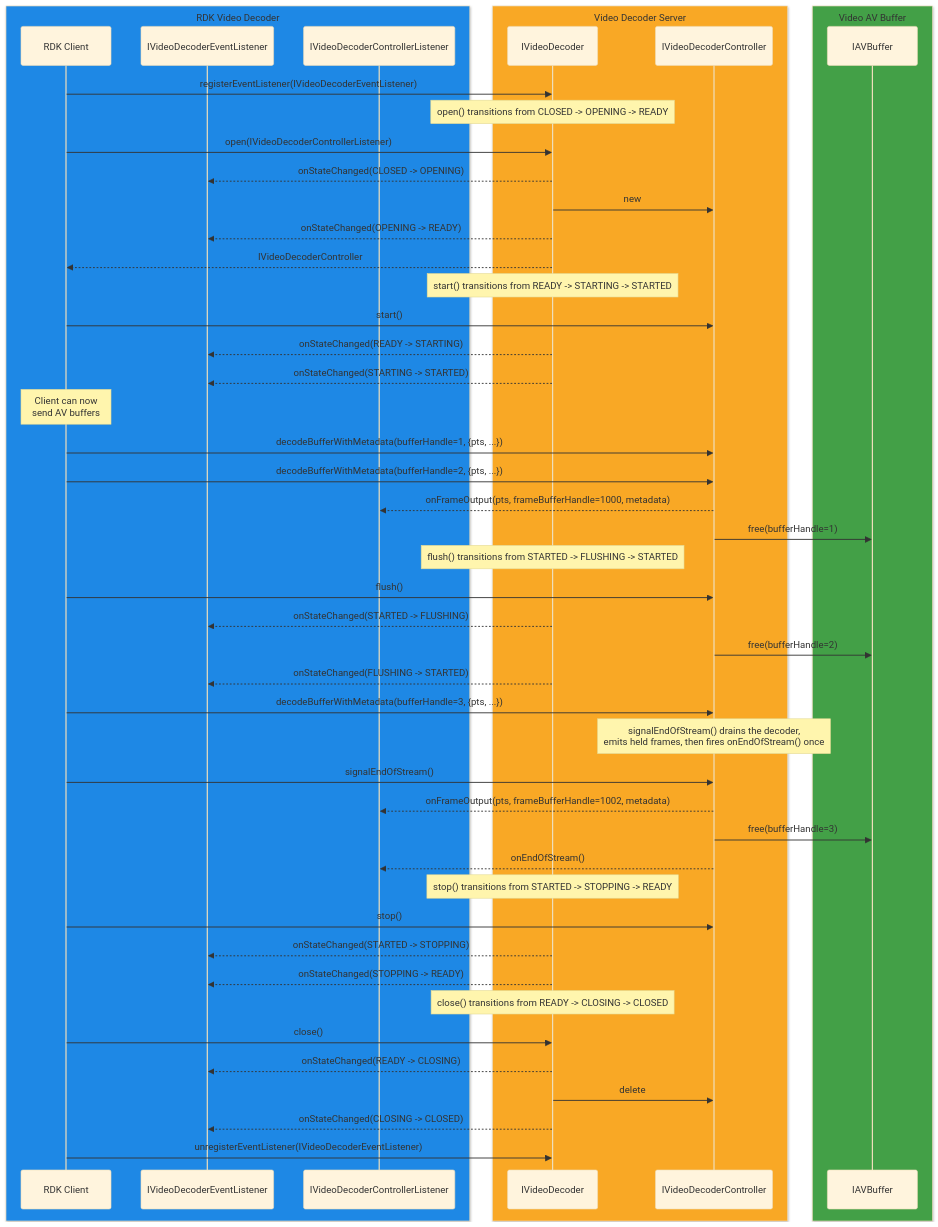
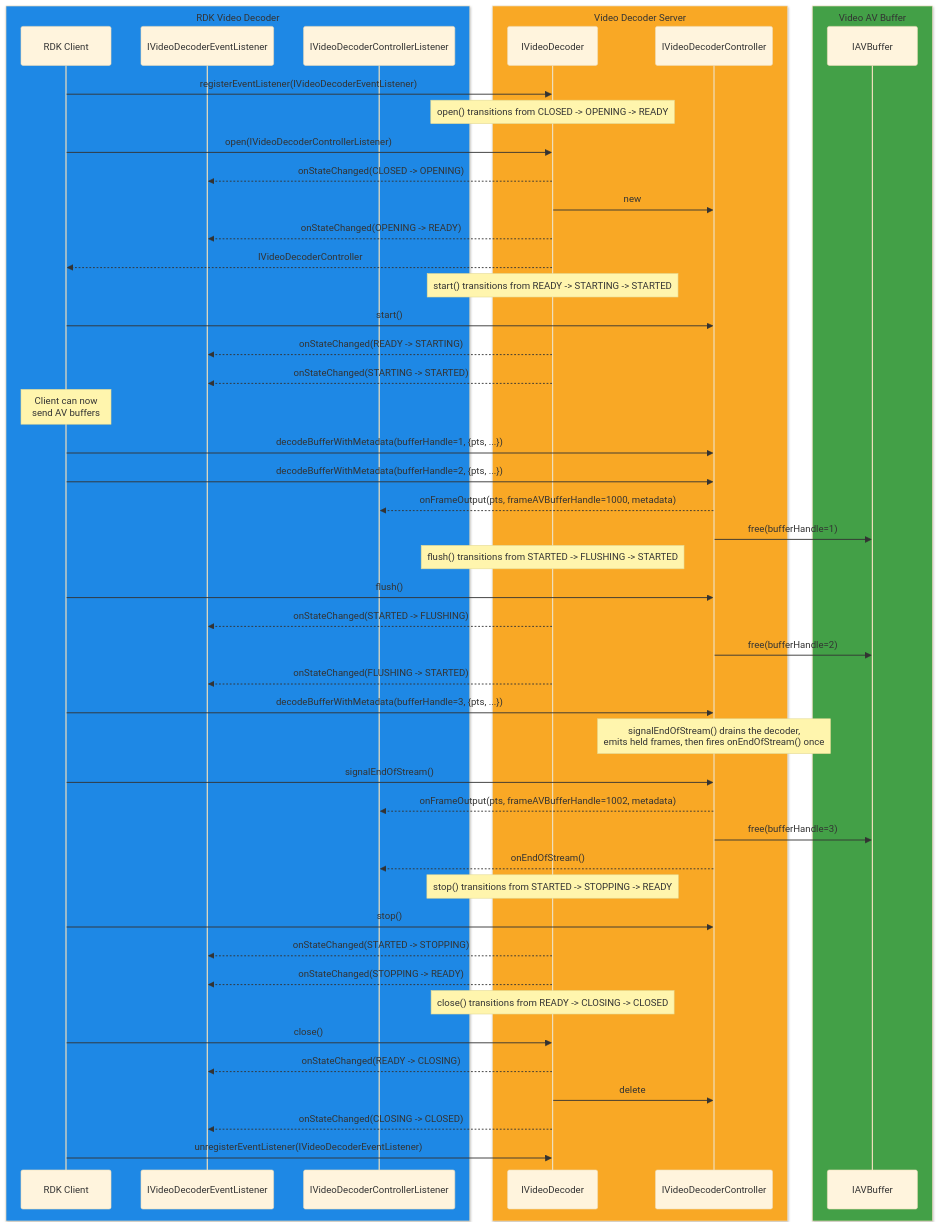
One commit to rdkcentral/rdk-halif-aidl changed the third of 3 diagrams in videodecoder/current/docs/video_decoder.md. Above: the diagram before and after it, drawn with Mermaid (base theme). The commit also changed other lines of this file and 5 other files, not shown here.

````diff
--- a/videodecoder/current/docs/video_decoder.md
+++ b/videodecoder/current/docs/video_decoder.md
@@ -431,69 +413,69 @@
 ```mermaid
 sequenceDiagram
     box rgb(30,136,229) RDK Video Decoder
         participant Client as RDK Client
         participant IVideoDecoderEventListener
         participant IVideoDecoderControllerListener
     end
     box rgb(249,168,37) Video Decoder Server
         participant ADC as IVideoDecoder
         participant Controller as IVideoDecoderController
     end
     box rgb(67,160,71) Video AV Buffer
         participant IAVBuffer as IAVBuffer
     end
 
     Client->>ADC: registerEventListener(IVideoDecoderEventListener)
 
     Note over ADC: open() transitions from CLOSED -> OPENING -> READY
 
     Client->>ADC: open(IVideoDecoderControllerListener)
     ADC-->>IVideoDecoderEventListener: onStateChanged(CLOSED -> OPENING)
     ADC->>Controller: new
     ADC-->>IVideoDecoderEventListener: onStateChanged(OPENING -> READY)
     ADC-->>Client: IVideoDecoderController
 
     Note over ADC: start() transitions from READY -> STARTING -> STARTED
 
     Client->>Controller: start()
     ADC-->>IVideoDecoderEventListener: onStateChanged(READY -> STARTING)
     ADC-->>IVideoDecoderEventListener: onStateChanged(STARTING -> STARTED)
 
     Note over Client: Client can now<br>send AV buffers
 
     Client->>Controller: decodeBufferWithMetadata(bufferHandle=1, {pts, ...})
     Client->>Controller: decodeBufferWithMetadata(bufferHandle=2, {pts, ...})
-    Controller-->>IVideoDecoderControllerListener: onFrameOutput(pts, frameBufferHandle=1000, metadata)
+    Controller-->>IVideoDecoderControllerListener: onFrameOutput(pts, frameAVBufferHandle=1000, metadata)
     Controller->>IAVBuffer: free(bufferHandle=1)
 
     Note over ADC: flush() transitions from STARTED -> FLUSHING -> STARTED
 
     Client->>Controller: flush()
     ADC-->>IVideoDecoderEventListener: onStateChanged(STARTED -> FLUSHING)
     Controller->>IAVBuffer: free(bufferHandle=2)
     ADC-->>IVideoDecoderEventListener: onStateChanged(FLUSHING -> STARTED)
 
     Client->>Controller: decodeBufferWithMetadata(bufferHandle=3, {pts, ...})
 
     Note over Controller: signalEndOfStream() drains the decoder,<br>emits held frames, then fires onEndOfStream() once
 
     Client->>Controller: signalEndOfStream()
-    Controller-->>IVideoDecoderControllerListener: onFrameOutput(pts, frameBufferHandle=1002, metadata)
+    Controller-->>IVideoDecoderControllerListener: onFrameOutput(pts, frameAVBufferHandle=1002, metadata)
     Controller->>IAVBuffer: free(bufferHandle=3)
     Controller-->>IVideoDecoderControllerListener: onEndOfStream()
 
     Note over ADC: stop() transitions from STARTED -> STOPPING -> READY
 
     Client->>Controller: stop()
     ADC-->>IVideoDecoderEventListener: onStateChanged(STARTED -> STOPPING)
     ADC-->>IVideoDecoderEventListener: onStateChanged(STOPPING -> READY)
 
     Note over ADC: close() transitions from READY -> CLOSING -> CLOSED
 
     Client->>ADC: close()
     ADC-->>IVideoDecoderEventListener: onStateChanged(READY -> CLOSING)
     ADC->>Controller: delete
     ADC-->>IVideoDecoderEventListener: onStateChanged(CLOSING -> CLOSED)
 
     Client->>ADC: unregisterEventListener(IVideoDecoderEventListener)
 ```
````
